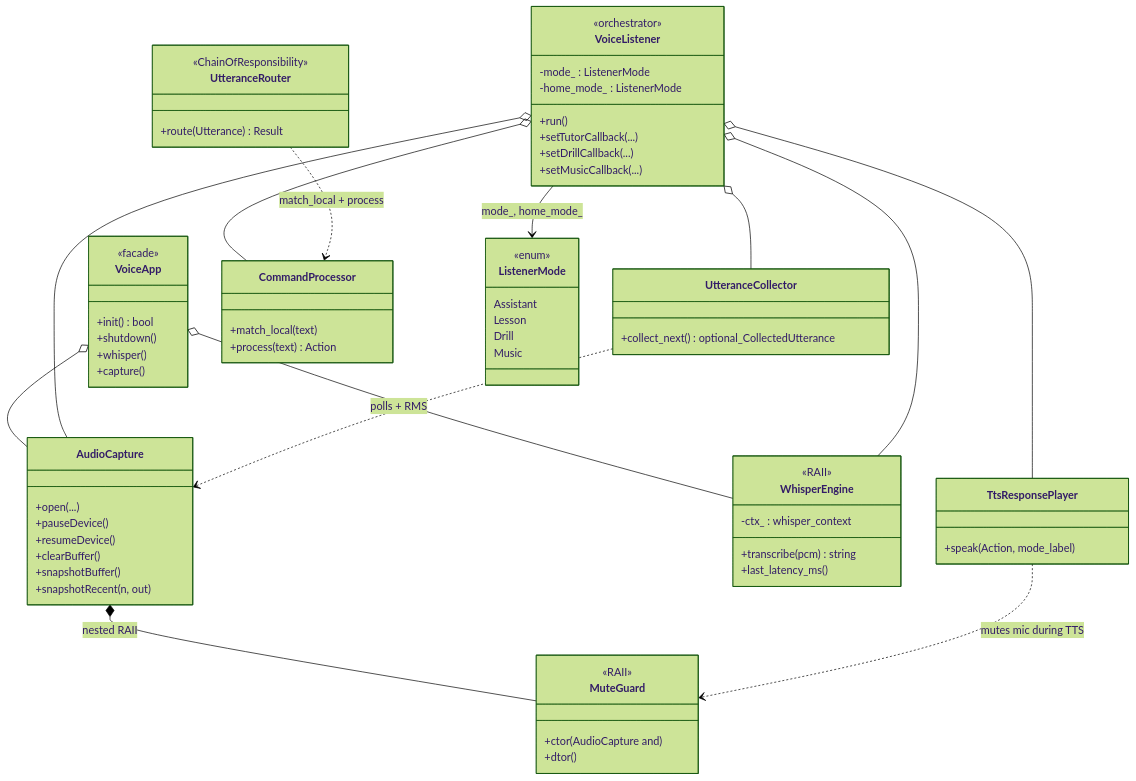
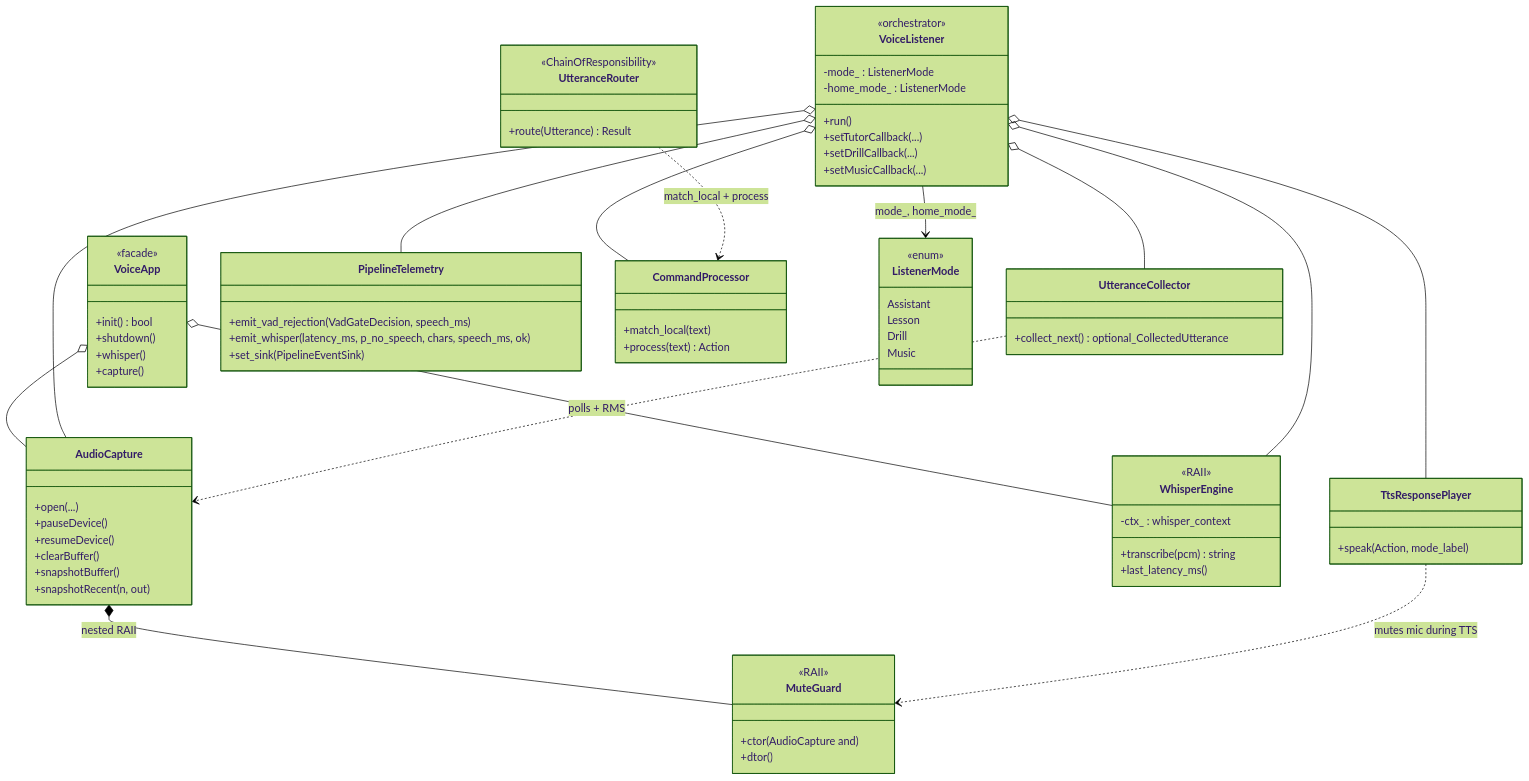
The first of 4 diagrams in sound/src/voice/README.md (vduckute1812/hecquin), drawn with Mermaid (forest theme) before and after one commit. The commit also changed other lines of this file and 111 other files, not shown here.

````diff
--- a/sound/src/voice/README.md
+++ b/sound/src/voice/README.md
@@ -60,72 +132,78 @@
 ```mermaid
 classDiagram
     class VoiceApp {
         <<facade>>
         +init() bool
         +shutdown()
         +whisper()
         +capture()
     }
     class VoiceListener {
         <<orchestrator>>
         -mode_ : ListenerMode
         -home_mode_ : ListenerMode
         +run()
         +setTutorCallback(...)
         +setDrillCallback(...)
         +setMusicCallback(...)
     }
     class AudioCapture {
         +open(...)
         +pauseDevice()
         +resumeDevice()
         +clearBuffer()
         +snapshotBuffer()
         +snapshotRecent(n, out)
     }
     class MuteGuard {
         <<RAII>>
         +ctor(AudioCapture and)
         +dtor()
     }
     class WhisperEngine {
         <<RAII>>
         -ctx_ : whisper_context
         +transcribe(pcm) string
         +last_latency_ms()
     }
     class UtteranceCollector {
         +collect_next() optional_CollectedUtterance
     }
     class UtteranceRouter {
         <<ChainOfResponsibility>>
         +route(Utterance) Result
     }
     class TtsResponsePlayer {
         +speak(Action, mode_label)
     }
+    class PipelineTelemetry {
+        +emit_vad_rejection(VadGateDecision, speech_ms)
+        +emit_whisper(latency_ms, p_no_speech, chars, speech_ms, ok)
+        +set_sink(PipelineEventSink)
+    }
     class CommandProcessor {
         +match_local(text)
         +process(text) Action
     }
     class ListenerMode {
         <<enum>>
         Assistant
         Lesson
         Drill
         Music
     }
 
     VoiceApp o-- WhisperEngine
     VoiceApp o-- AudioCapture
     VoiceListener o-- WhisperEngine
     VoiceListener o-- AudioCapture
     VoiceListener o-- UtteranceCollector
     VoiceListener o-- TtsResponsePlayer
+    VoiceListener o-- PipelineTelemetry
     VoiceListener o-- CommandProcessor
     VoiceListener --> ListenerMode : mode_, home_mode_
     UtteranceCollector ..> AudioCapture : polls + RMS
     UtteranceRouter ..> CommandProcessor : match_local + process
     AudioCapture *-- MuteGuard : nested RAII
     TtsResponsePlayer ..> MuteGuard : mutes mic during TTS
 ```
````
